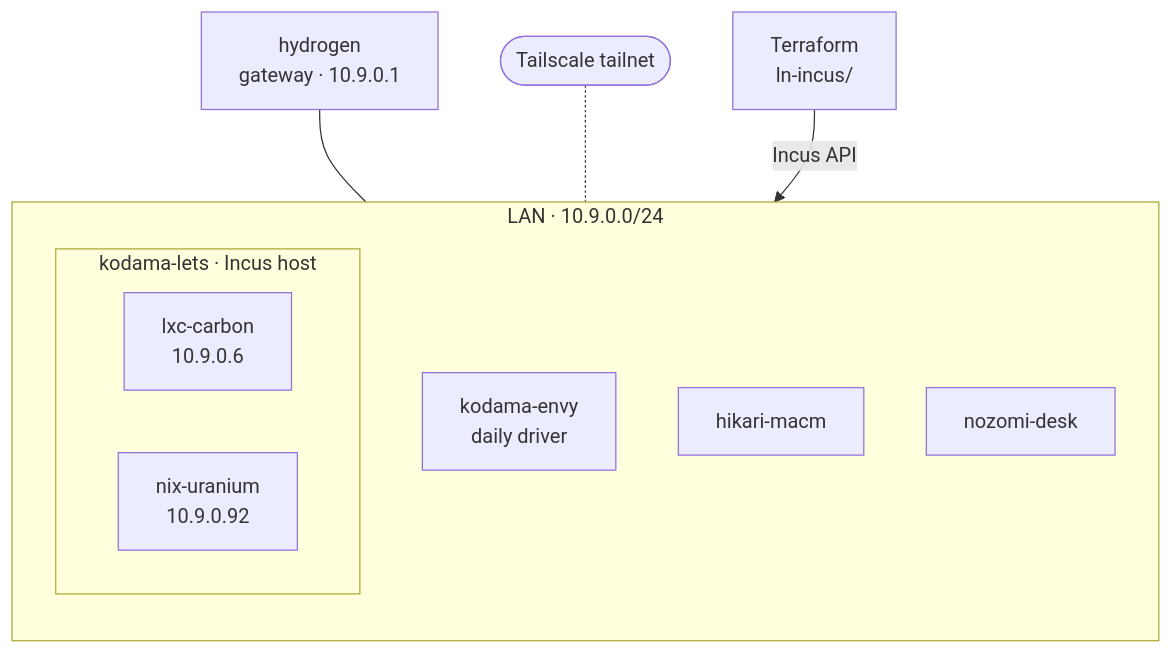
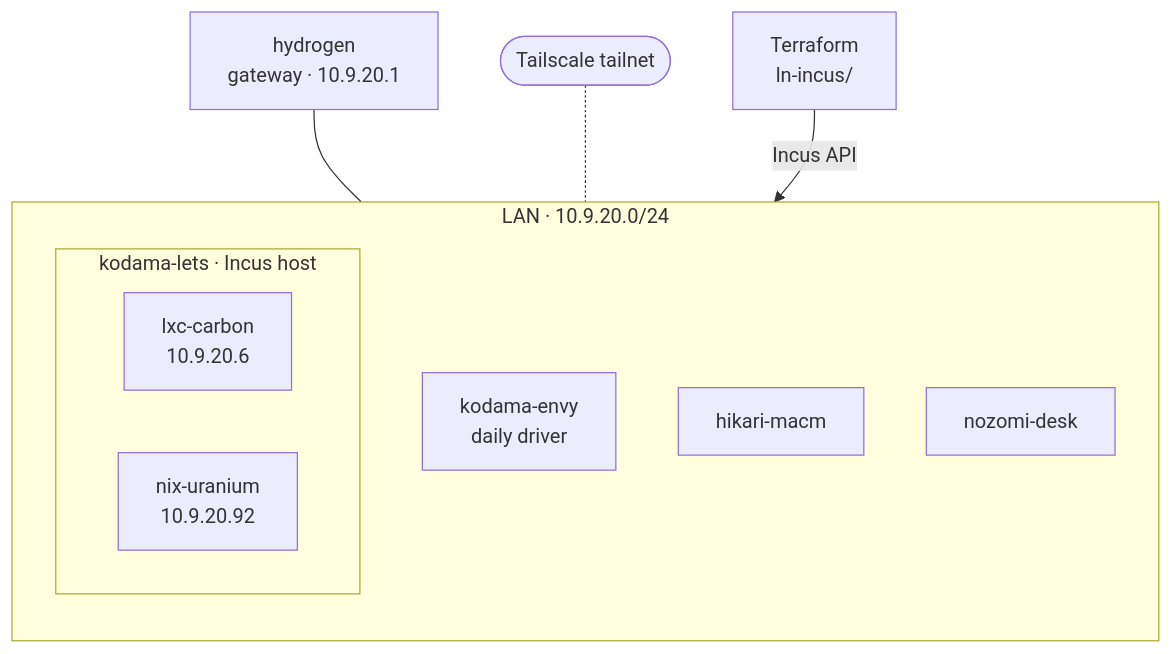
Before and after one commit to timmPrice/Shinkansen-Homelab: the diagram in README.md, drawn with Mermaid. The commit also changed other lines of this file and 2 other files, not shown here.

````diff
--- a/README.md
+++ b/README.md
@@ -27,19 +29,19 @@
 ```mermaid
 flowchart TB
-    gw["hydrogen<br/>gateway · 10.9.0.1"]
+    gw["hydrogen<br/>gateway · 10.9.20.1"]
 
-    subgraph lan["LAN · 10.9.0.0/24"]
+    subgraph lan["LAN · 10.9.20.0/24"]
         direction TB
         subgraph lets["kodama-lets · Incus host"]
-            c["lxc-carbon<br/>10.9.0.6"]
-            u["nix-uranium<br/>10.9.0.92"]
+            c["lxc-carbon<br/>10.9.20.6"]
+            u["nix-uranium<br/>10.9.20.92"]
         end
         envy["kodama-envy<br/>daily driver"]
         macm["hikari-macm"]
         desk["nozomi-desk"]
     end
 
     gw --- lan
     ts(["Tailscale tailnet"]) -.- lets
     tf["Terraform<br/>ln-incus/"] -->|"Incus API"| lets
 ```
````
